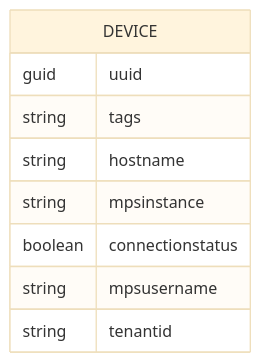
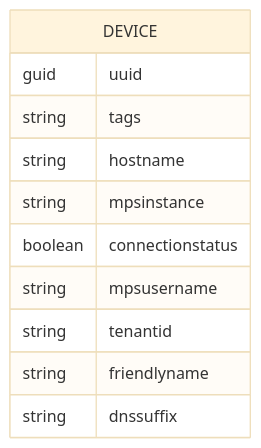
Before and after one commit to open-amt-cloud-toolkit/docs: the third of 3 diagrams in docs/Deployment/database.md, drawn with Mermaid (base theme). The commit also changed 1 other file, not shown here.

Commit message:
docs(deployment): db migration (#257)

````diff
--- a/docs/Deployment/database.md
+++ b/docs/Deployment/database.md
@@ -94,12 +94,14 @@
   ```mermaid
   erDiagram
       DEVICE {
           guid uuid
           string tags
           string hostname
           string mpsinstance
           boolean connectionstatus
           string mpsusername
           string tenantid
+          string friendlyname
+          string dnssuffix
       }
   ```
````
